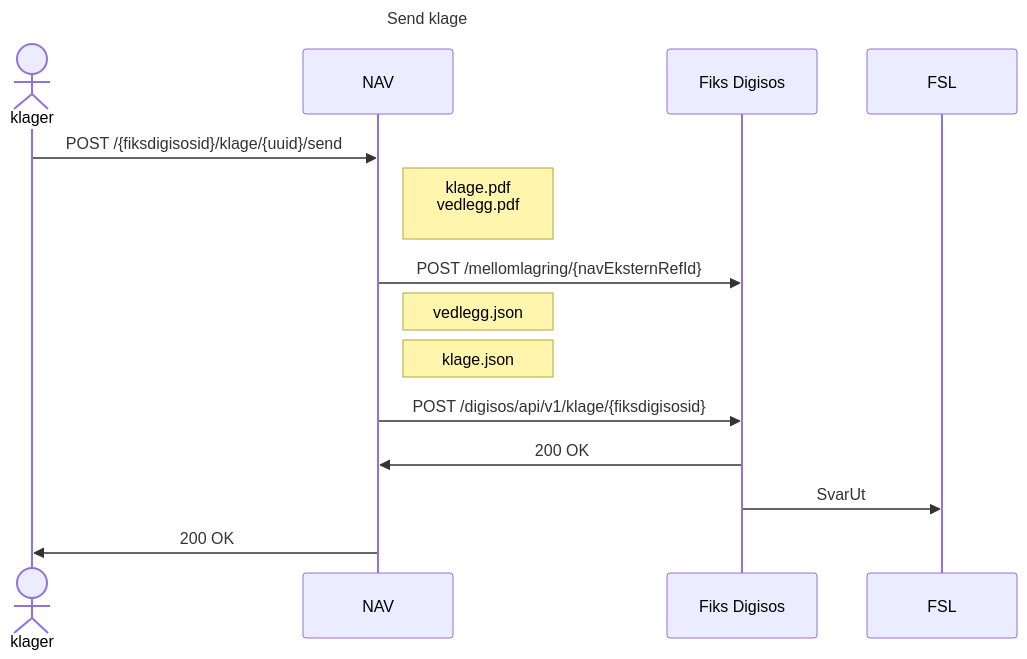
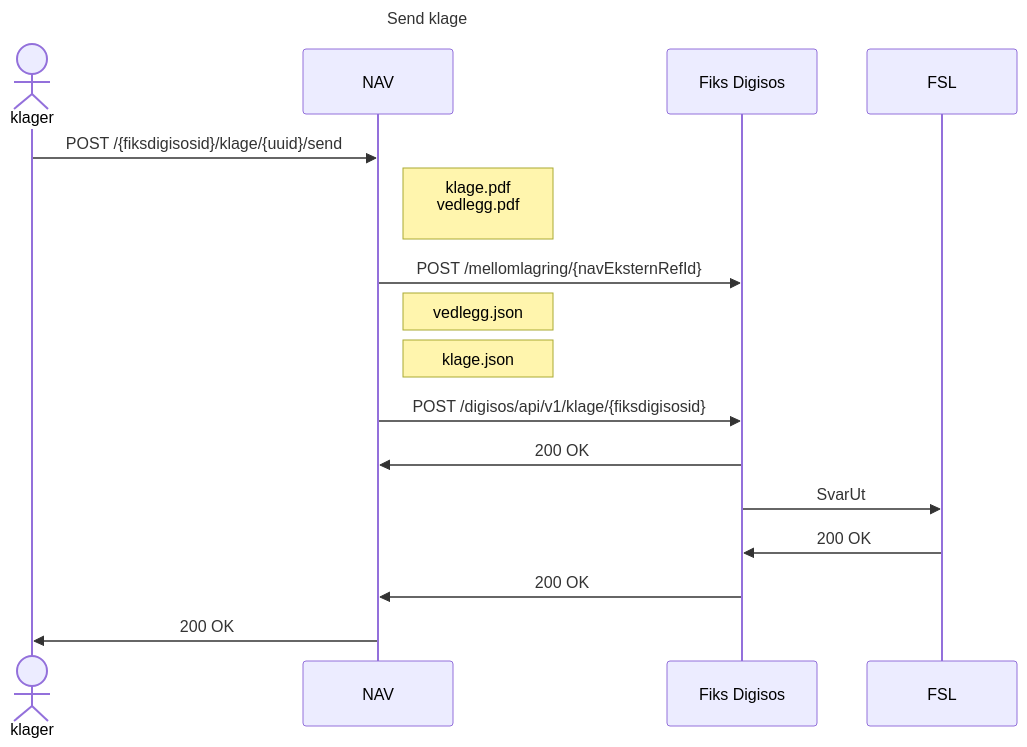
The first of 7 diagrams in klage-filformat.md (navikt/soknadsosialhjelp-filformat), drawn with Mermaid before and after one commit.

Commit message:
Lagt til svar fra kommune til klage hos nav. (#212)

````diff
--- a/klage-filformat.md
+++ b/klage-filformat.md
@@ -3,19 +3,21 @@
 ```mermaid
 sequenceDiagram
     title Send klage
     actor klager
     participant NAV
     participant Fiks Digisos
     participant FSL
     
     klager->>NAV: POST /{fiksdigisosid}/klage/{uuid}/send
     Note right of NAV: klage.pdf<br/>vedlegg.pdf<br/>
     NAV->>Fiks Digisos: POST /mellomlagring/{navEksternRefId}
     Note right of NAV: vedlegg.json
     Note right of NAV: klage.json
     NAV->>Fiks Digisos: POST /digisos/api/v1/klage/{fiksdigisosid}
     Fiks Digisos->>NAV: 200 OK
     Fiks Digisos->>FSL: SvarUt
+    FSL->>Fiks Digisos: 200 OK
+    Fiks Digisos->>NAV: 200 OK
     NAV->>klager: 200 OK
 
 ```
````
